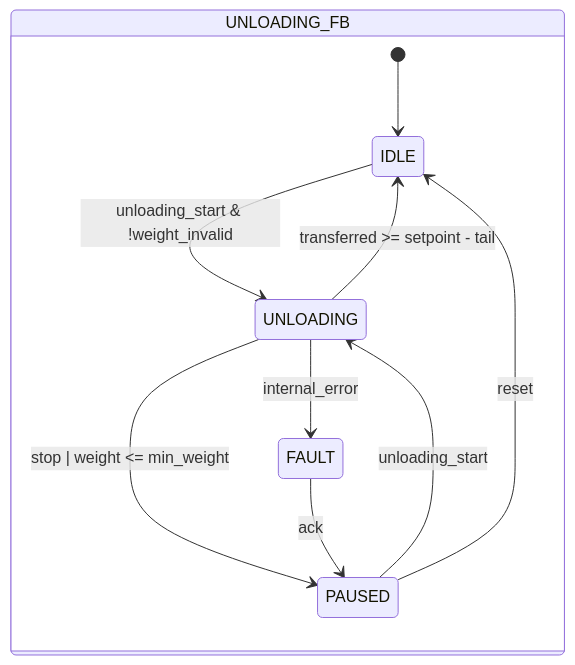
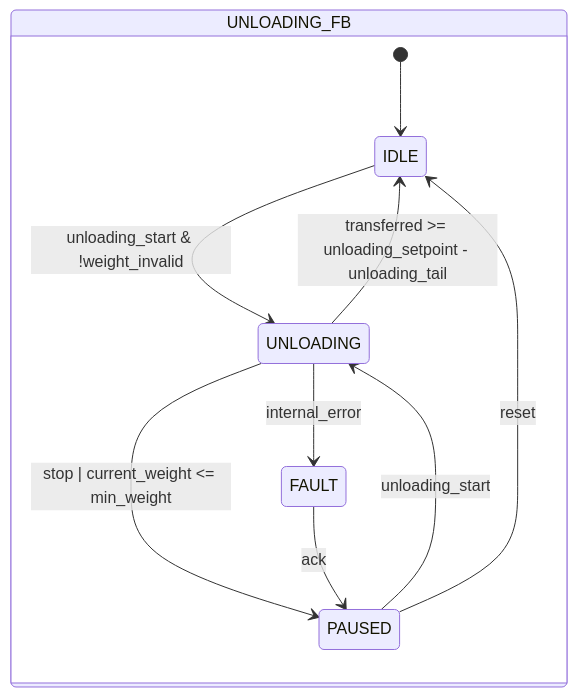
One commit to AleFire99/TIA_knowledge changed the third of 3 diagrams in docs/en/library/load-cells/loading-unloading/index.md. Above: the diagram before and after it, drawn with Mermaid. The commit also changed other lines of this file and 17 other files, not shown here.

````diff
--- a/docs/en/library/load-cells/loading-unloading/index.md
+++ b/docs/en/library/load-cells/loading-unloading/index.md
@@ -177,14 +181,14 @@
 ```mermaid
 stateDiagram-v2
 state UNLOADING_FB{
     [*] --> IDLE
 
     IDLE --> UNLOADING : unloading_start & !weight_invalid
-    UNLOADING --> IDLE : transferred >= setpoint - tail
-    UNLOADING --> PAUSED : stop | weight <= min_weight
+    UNLOADING --> IDLE : transferred >= unloading_setpoint - unloading_tail
+    UNLOADING --> PAUSED : stop | current_weight <= min_weight
     UNLOADING --> FAULT : internal_error
     PAUSED --> UNLOADING : unloading_start
     PAUSED --> IDLE : reset
     FAULT --> PAUSED : ack
 }
 ```
````
